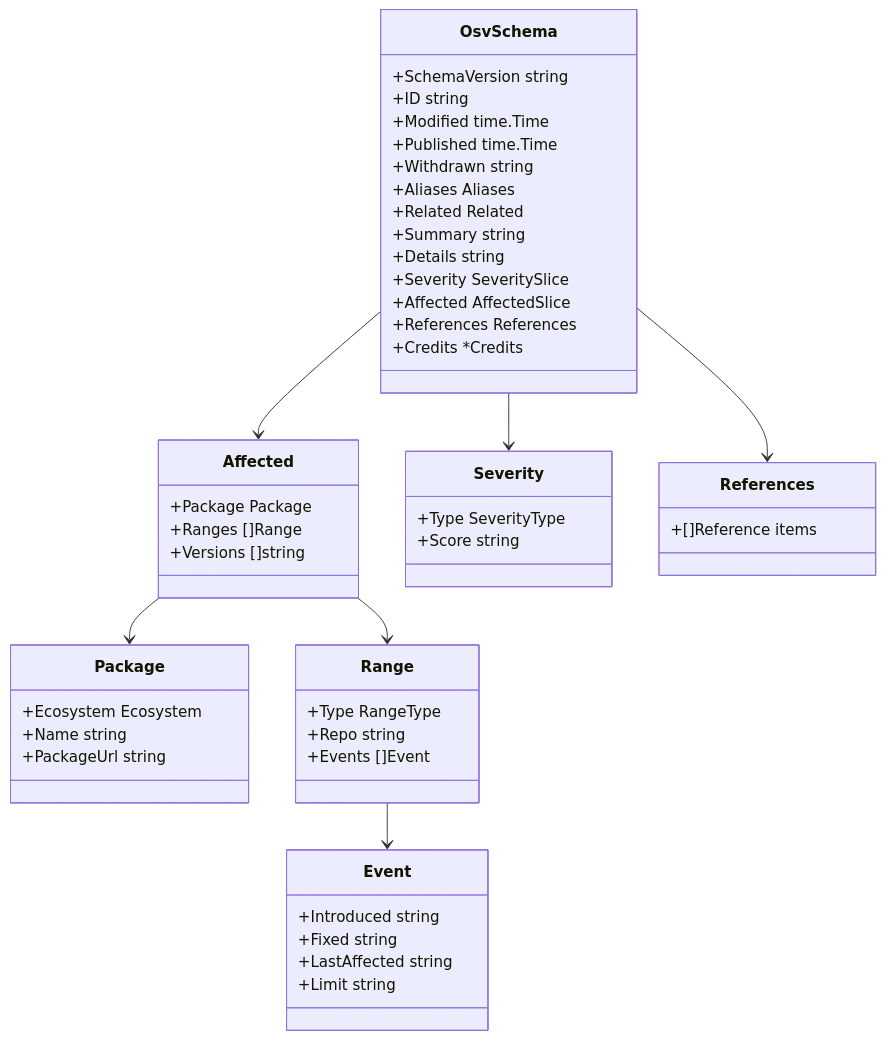
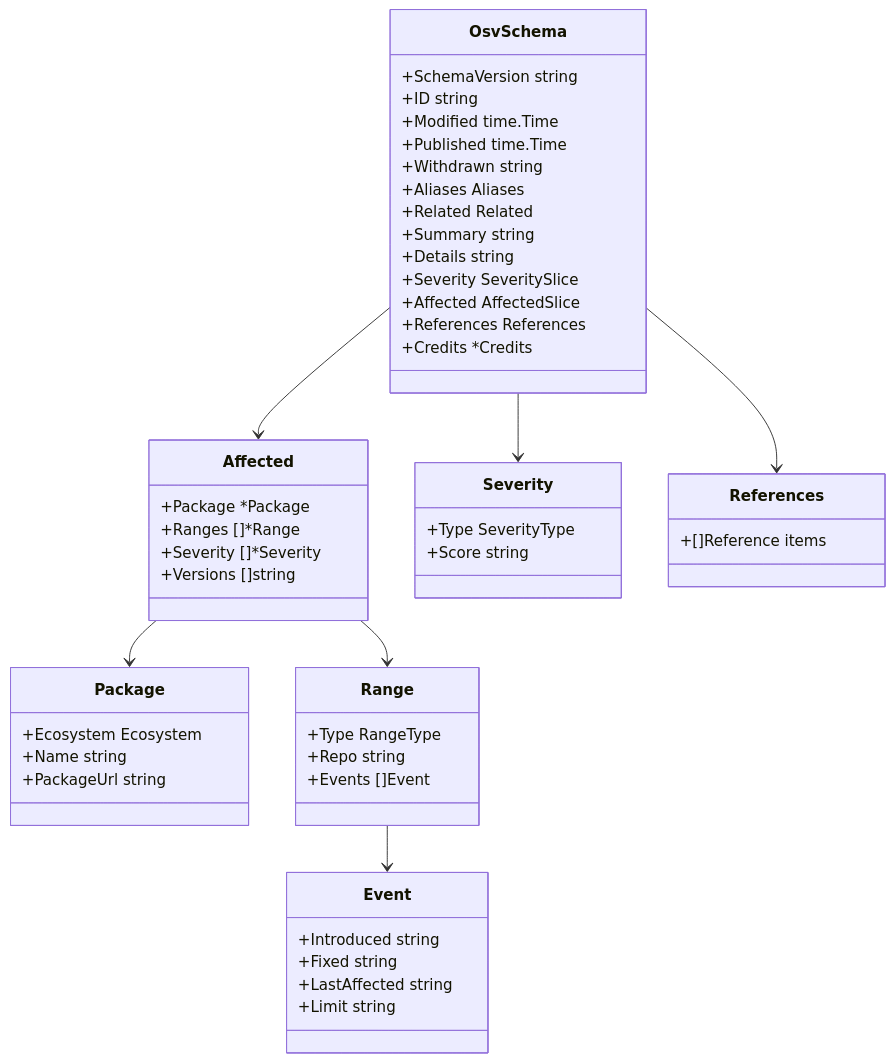
The third of 13 diagrams in website/zh/reference/osv-schema.md (scagogogo/osv-schema-skills), drawn with Mermaid before and after one commit. The commit also changed other lines of this file and 1 other file, not shown here.

Commit message:
docs(website): add missing Affected.Severity to type diagrams (EN+ZH)
The classDiagram (Full type relationship) and the graph LR (Affected →
package → ranges → events) both omitted Affected.Severity — a real core
OSV field ([]*Severity at affected.go:113, json:"severity"). An affected
entry can carry its own severity slice scoped to that range, so it
belongs in both diagrams alongside package/ranges/versions.

Also tightened Affected field types in the classDiagram to match source:
*Package and []*Range (affected.go:107,110), not value types Package/
[]Range. No *Specific extension fields added (kept the existing
convention of drawing core OSV fields only).

````diff
--- a/website/zh/reference/osv-schema.md
+++ b/website/zh/reference/osv-schema.md
@@ -61,52 +61,53 @@
 ```mermaid
 classDiagram
   class OsvSchema {
     +SchemaVersion string
     +ID string
     +Modified time.Time
     +Published time.Time
     +Withdrawn string
     +Aliases Aliases
     +Related Related
     +Summary string
     +Details string
     +Severity SeveritySlice
     +Affected AffectedSlice
     +References References
     +Credits *Credits
   }
   class Affected {
-    +Package Package
-    +Ranges []Range
+    +Package *Package
+    +Ranges []*Range
+    +Severity []*Severity
     +Versions []string
   }
   class Package {
     +Ecosystem Ecosystem
     +Name string
     +PackageUrl string
   }
   class Range {
     +Type RangeType
     +Repo string
     +Events []Event
   }
   class Event {
     +Introduced string
     +Fixed string
     +LastAffected string
     +Limit string
   }
   class Severity {
     +Type SeverityType
     +Score string
   }
   class References {
     +[]Reference items
   }
   OsvSchema --> Affected
   OsvSchema --> Severity
   OsvSchema --> References
   Affected --> Package
   Affected --> Range
   Range --> Event
 ```
````
